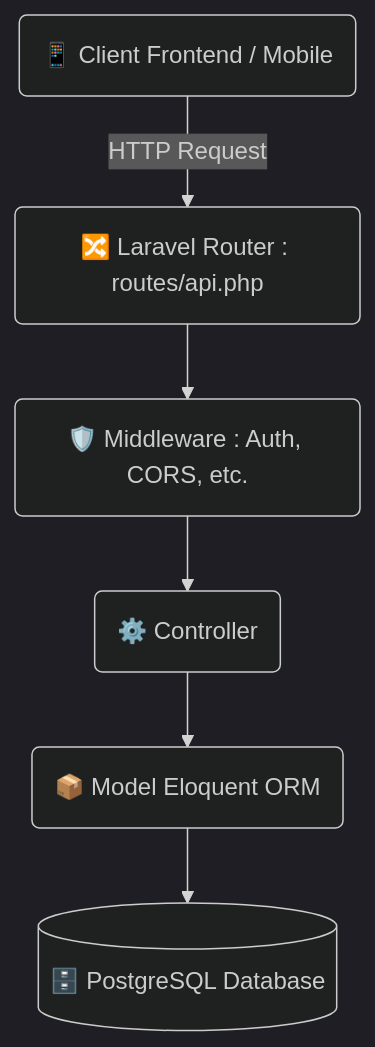
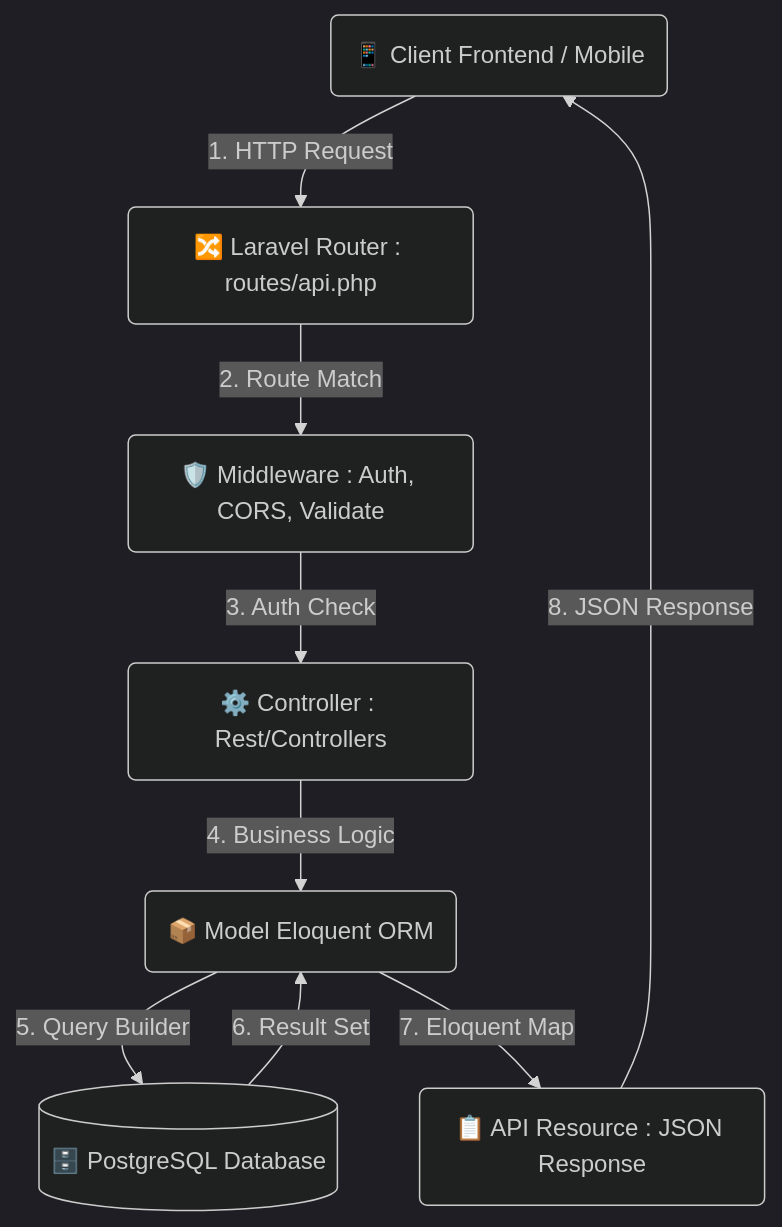
One commit to GroupMSPR/Health-IA-Backend changed the diagram in README.md. Above: the diagram before and after it, drawn with Mermaid (dark theme). The commit also changed other lines of this file, not shown here.

````diff
--- a/README.md
+++ b/README.md
@@ -78,15 +105,19 @@
 ```mermaid
 graph TD
     Client("📱 Client Frontend / Mobile")
     Router("🔀 Laravel Router : routes/api.php")
-    Middleware("🛡️ Middleware : Auth, CORS, etc.")
-    Controller("⚙️ Controller")
+    Middleware("🛡️ Middleware : Auth, CORS, Validate")
+    Controller("⚙️ Controller : Rest/Controllers")
     Model("📦 Model Eloquent ORM")
     DB[("🗄️ PostgreSQL Database")]
+    Response("📋 API Resource : JSON Response")
 
-    Client -- "HTTP Request" --> Router
-    Router --> Middleware
-    Middleware --> Controller
-    Controller --> Model
-    Model --> DB
+    Client -- "1. HTTP Request" --> Router
+    Router -- "2. Route Match" --> Middleware
+    Middleware -- "3. Auth Check" --> Controller
+    Controller -- "4. Business Logic" --> Model
+    Model -- "5. Query Builder" --> DB
+    DB -- "6. Result Set" --> Model
+    Model -- "7. Eloquent Map" --> Response
+    Response -- "8. JSON Response" --> Client
 ```
````
